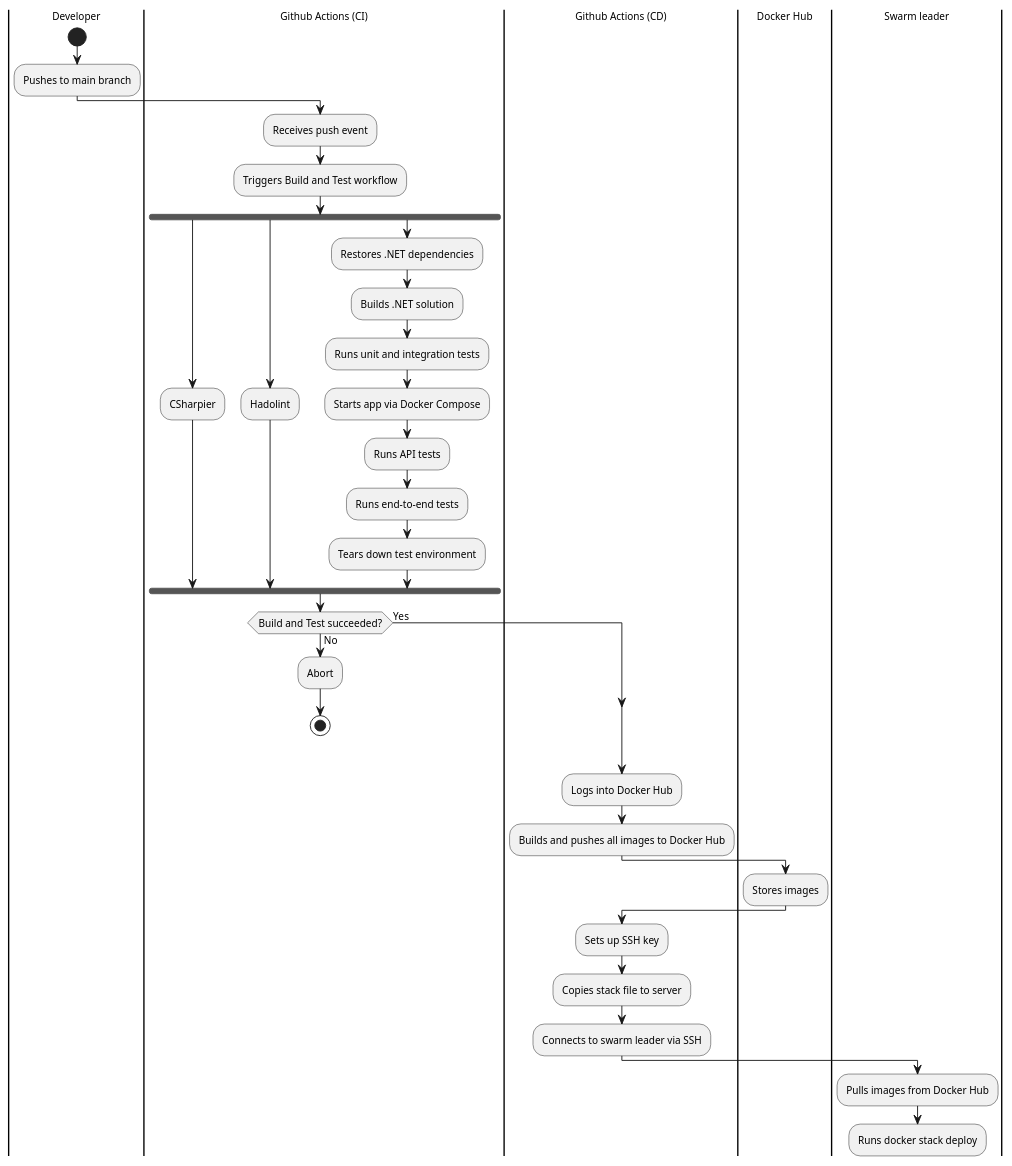
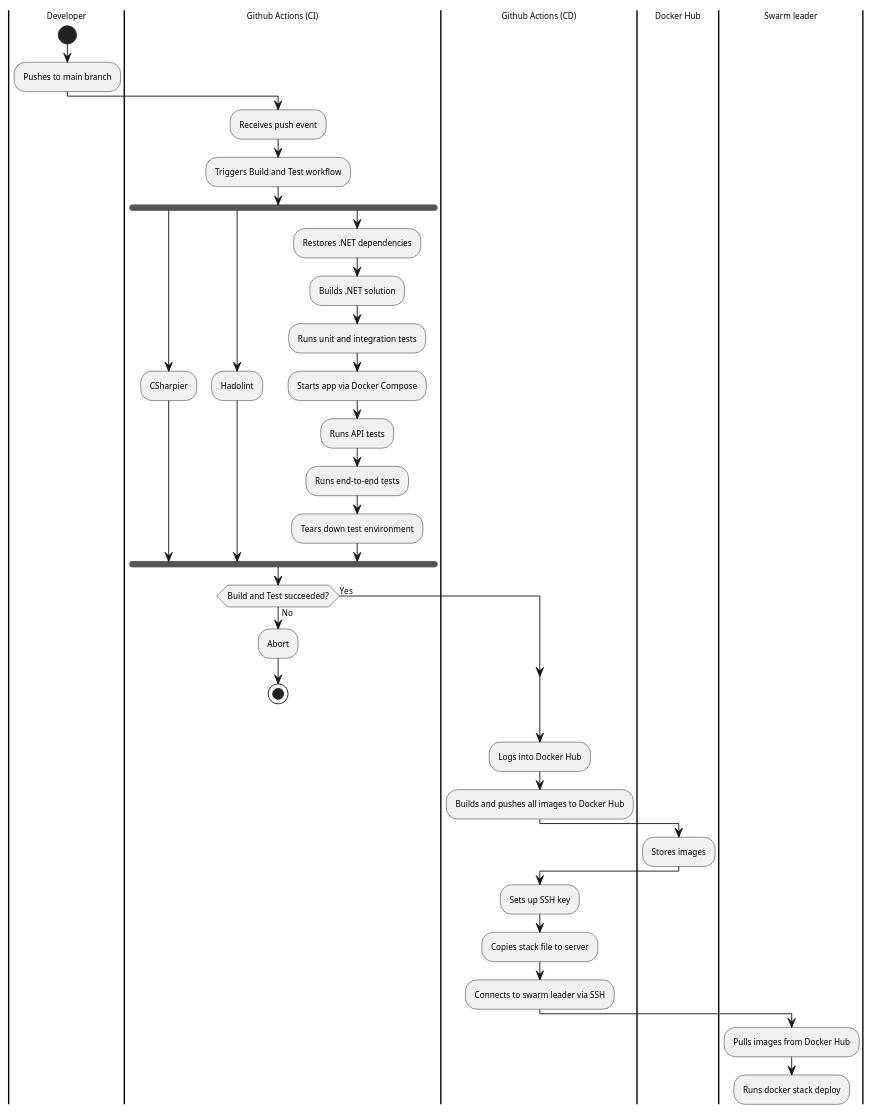
One commit to DevBobs-devops/Devbobs_MiniTwit changed the diagram in report/src/diagrams/cicd.puml. Above: the diagram before and after it, drawn with PlantUML.

Commit message:
report: puml cicd textsize 9

```diff
--- a/report/src/diagrams/cicd.puml
+++ b/report/src/diagrams/cicd.puml
@@ -1,60 +1,60 @@
 @startuml cicd_pipeline
-skinparam DefaultFontSize 11
+skinparam DefaultFontSize 9
 
 |Developer|
 start
 :Pushes to main branch;
 ' Also triggers on pull requests on main, but it might too much to write in the diagram
 
 |Github Actions (CI)|
 :Receives push event;
 :Triggers Build and Test workflow;
 fork
     :CSharpier;
 fork again
     :Hadolint;
 fork again
     :Restores .NET dependencies;
     :Builds .NET solution;
     :Runs unit and integration tests;
     :Starts app via Docker Compose;
     ' Also waits for app to start, should this be included?
     :Runs API tests;
     :Runs end-to-end tests;
     :Tears down test environment;
 end fork
 
 if (Build and Test succeeded?) then (Yes)
 else (No)
     :Abort;
     stop
 endif
 
 |Github Actions (CD)|
 :Logs into Docker Hub;
 
 ':Builds and pushes minitwit;
 'Should the 'm' in 'minitwit' be capitalized?
 ':Builds and pushes Alloy;
 ':Builds and pushes Loki;
 ':Builds and pushes Prometheus;
 ':Builds and pushes Grafana;
 'This can maybe be shortened if we want the diagram to be smaller.
 :Builds and pushes all images to Docker Hub;
 
 
 |Docker Hub|
 :Stores images;
 
 |Github Actions (CD)|
 :Sets up SSH key;
 :Copies stack file to server;
 :Connects to swarm leader via SSH;
 
 
 |Swarm leader|
 :Pulls images from Docker Hub;
 :Runs docker stack deploy;
 
 
 @enduml
```
